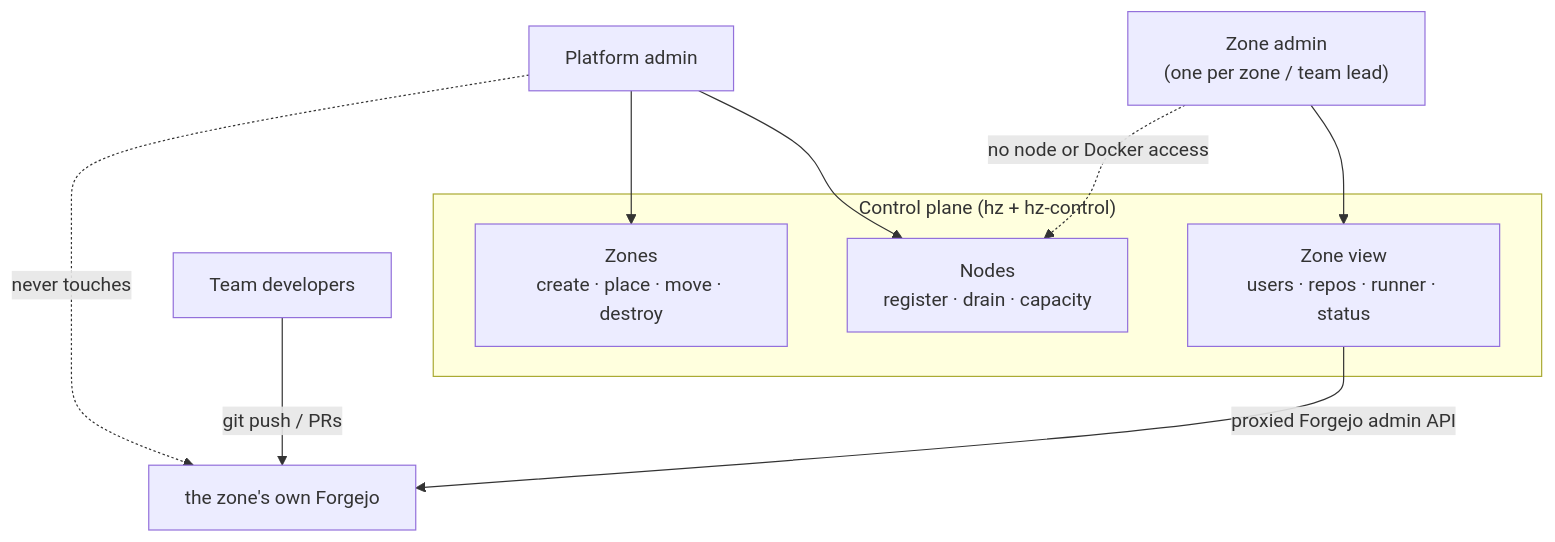
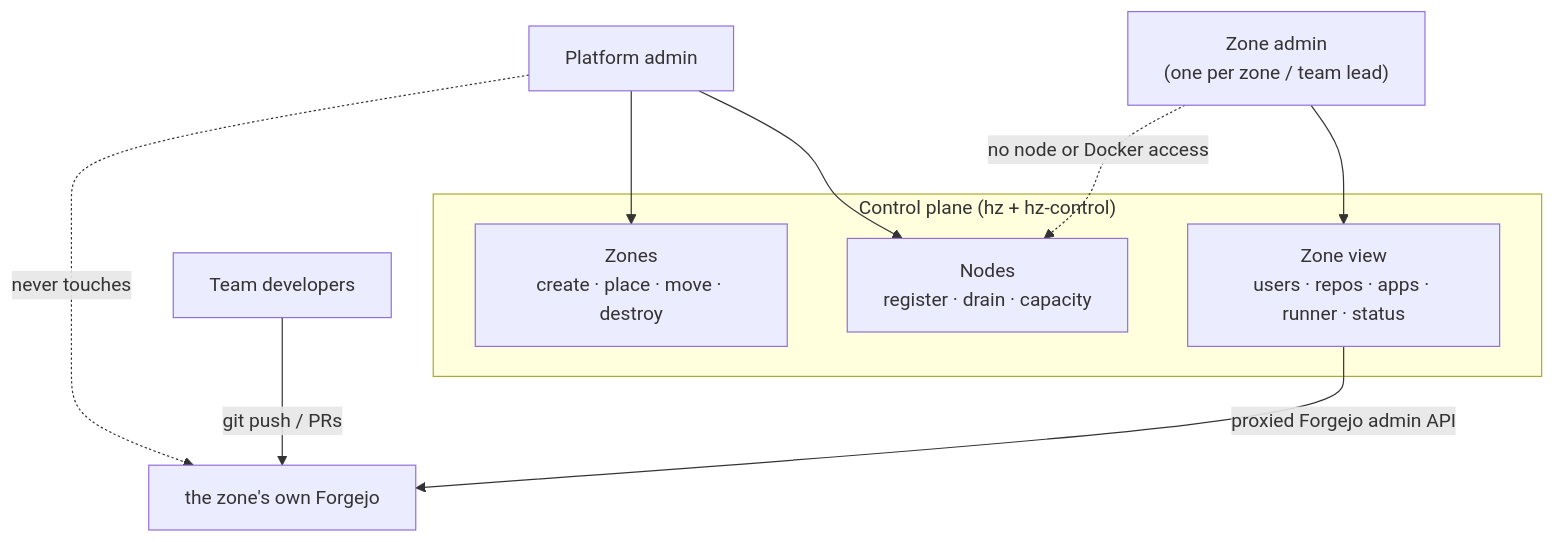
Before and after one commit to johnjoeallen/ignition: the diagram in docs/roles.md, drawn with Mermaid. The commit also changed other lines of this file and 20 other files, not shown here.

First line of the commit message:
Segregated subdomains + multiple apps per zone

````diff
--- a/docs/roles.md
+++ b/docs/roles.md
@@ -5,21 +5,21 @@
 ```mermaid
 flowchart TB
     pa["Platform admin"]
     za["Zone admin<br/>(one per zone / team lead)"]
     dev["Team developers"]
 
     subgraph cp["Control plane (hz + hz-control)"]
         nodes["Nodes<br/>register · drain · capacity"]
         zones["Zones<br/>create · place · move · destroy"]
-        zoneview["Zone view<br/>users · repos · runner · status"]
+        zoneview["Zone view<br/>users · repos · apps · runner · status"]
     end
 
     pa --> nodes
     pa --> zones
     za --> zoneview
     zoneview -->|"proxied Forgejo admin API"| forgejo["the zone's own Forgejo"]
     dev -->|git push / PRs| forgejo
 
     pa -. "never touches" .-> forgejo
     za -. "no node or Docker access" .-> nodes
 ```
````
